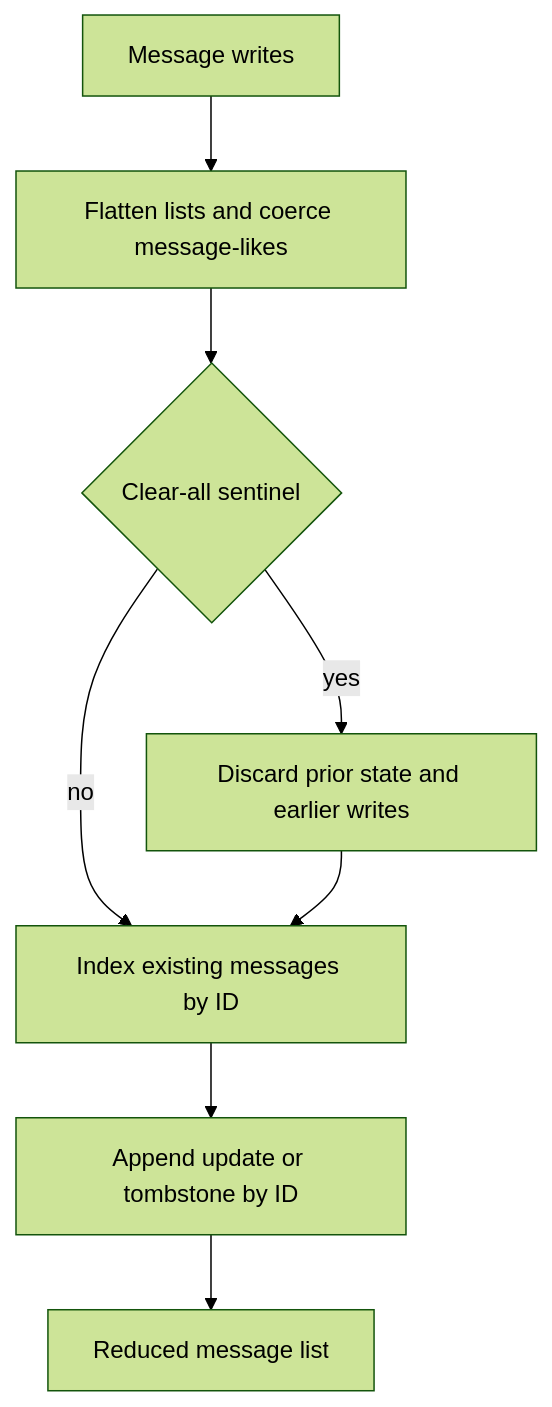
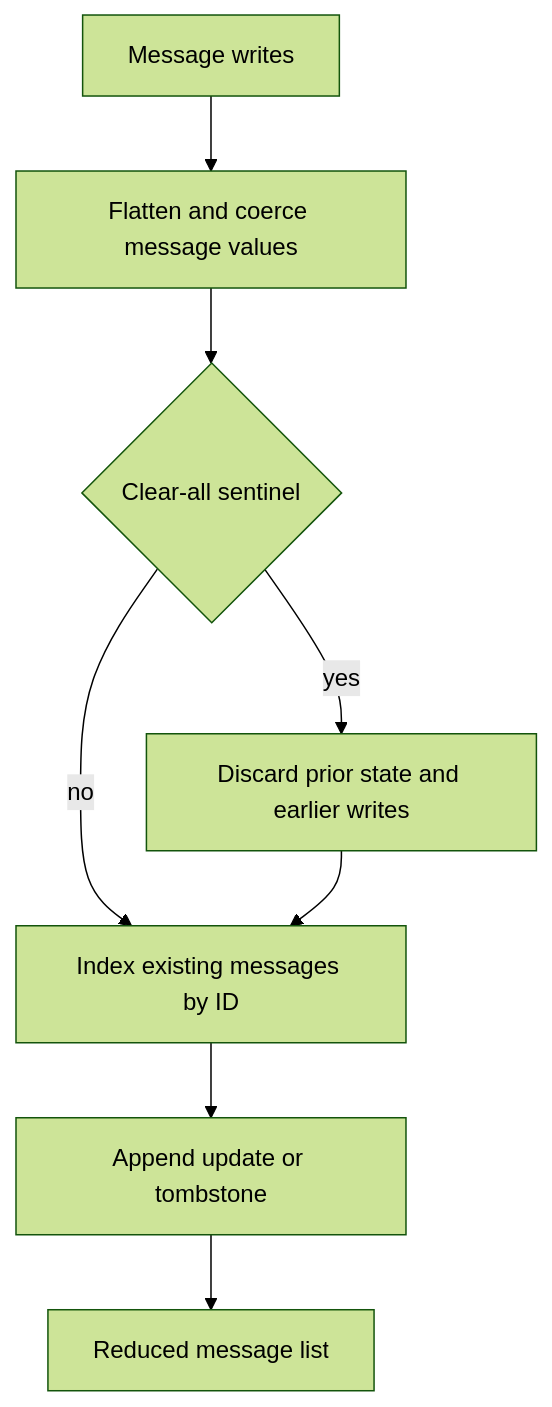
Before and after one commit to langchain-ai/deepagents: the second of 4 diagrams in openwiki/concepts/state-persistence.md, drawn with Mermaid (forest theme). The commit also changed other lines of this file and 14 other files, not shown here.

````diff
--- a/openwiki/concepts/state-persistence.md
+++ b/openwiki/concepts/state-persistence.md
@@ -90,10 +96,10 @@
 ```mermaid
 flowchart TD
-    Writes["Message writes"] --> Coerce["Flatten lists and coerce message-likes"]
+    Writes["Message writes"] --> Coerce["Flatten and coerce message values"]
     Coerce --> Clear{"Clear-all sentinel"}
     Clear -->|"yes"| Reset["Discard prior state and earlier writes"]
     Clear -->|"no"| Index["Index existing messages by ID"]
     Reset --> Index
-    Index --> Apply["Append update or tombstone by ID"]
+    Index --> Apply["Append update or tombstone"]
     Apply --> Result["Reduced message list"]
 ```
````
